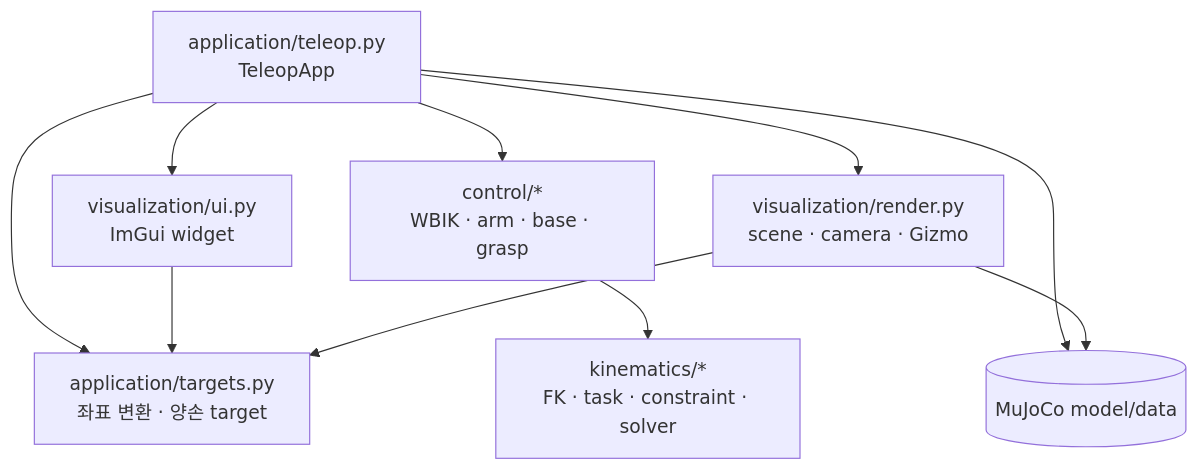
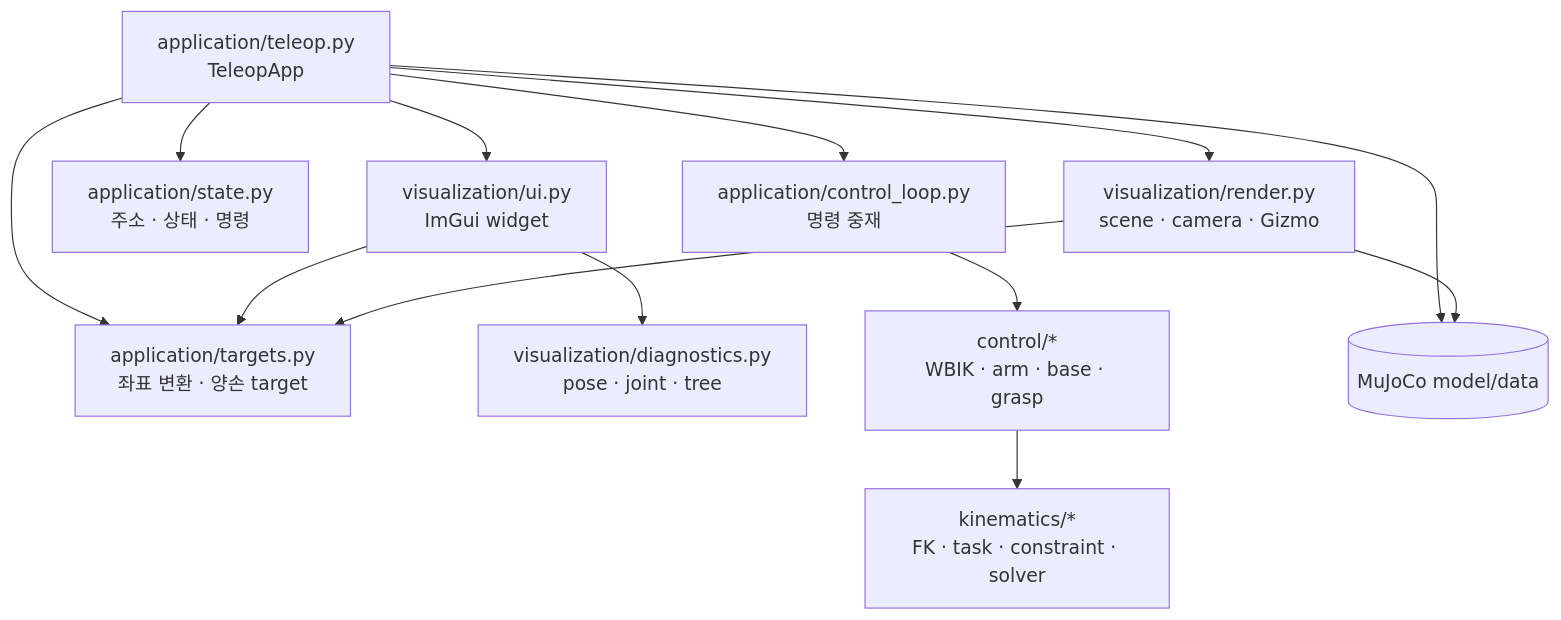
The second of 3 diagrams in docs/overview.md (Geonhee-LEE/aiworker-mj-lab), drawn with Mermaid before and after one commit. The commit also changed other lines of this file and 18 other files, not shown here.

````diff
--- a/docs/overview.md
+++ b/docs/overview.md
@@ -34,20 +36,26 @@
 ```mermaid
 flowchart TB
     APP["application/teleop.py<br>TeleopApp"]
+    LOOP["application/control_loop.py<br>명령 중재"]
+    STATE["application/state.py<br>주소 · 상태 · 명령"]
     TARGET["application/targets.py<br>좌표 변환 · 양손 target"]
     UI["visualization/ui.py<br>ImGui widget"]
+    DIAG["visualization/diagnostics.py<br>pose · joint · tree"]
     RENDER["visualization/render.py<br>scene · camera · Gizmo"]
     CONTROL["control/*<br>WBIK · arm · base · grasp"]
     KIN["kinematics/*<br>FK · task · constraint · solver"]
     MJ[("MuJoCo model/data")]
 
     APP --> UI
+    APP --> LOOP
+    APP --> STATE
     APP --> TARGET
-    APP --> CONTROL
+    LOOP --> CONTROL
     CONTROL --> KIN
     APP --> MJ
     APP --> RENDER
     UI --> TARGET
+    UI --> DIAG
     RENDER --> TARGET
     RENDER --> MJ
 ```
````
